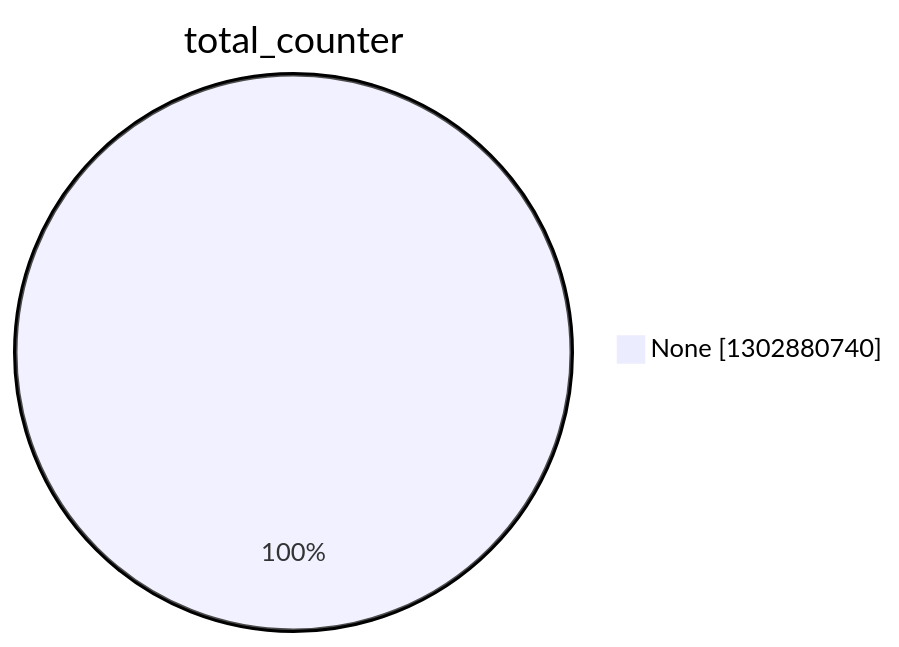
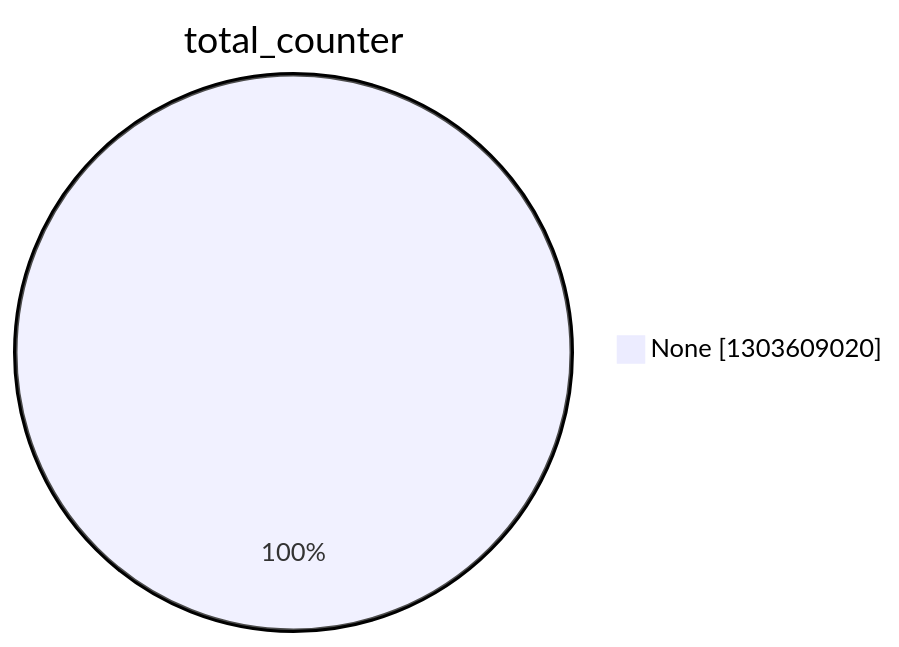
The second of 15 diagrams in argon2022/README.md (christiankrug/ctmonitor_visualization), drawn with Mermaid before and after one commit. The commit also changed other lines of this file, not shown here.

````diff
--- a/argon2022/README.md
+++ b/argon2022/README.md
@@ -9,5 +9,5 @@
 ```mermaid
 pie showData
 title total_counter
-"None" :1302880740
+"None" :1303609020
 ```
````
